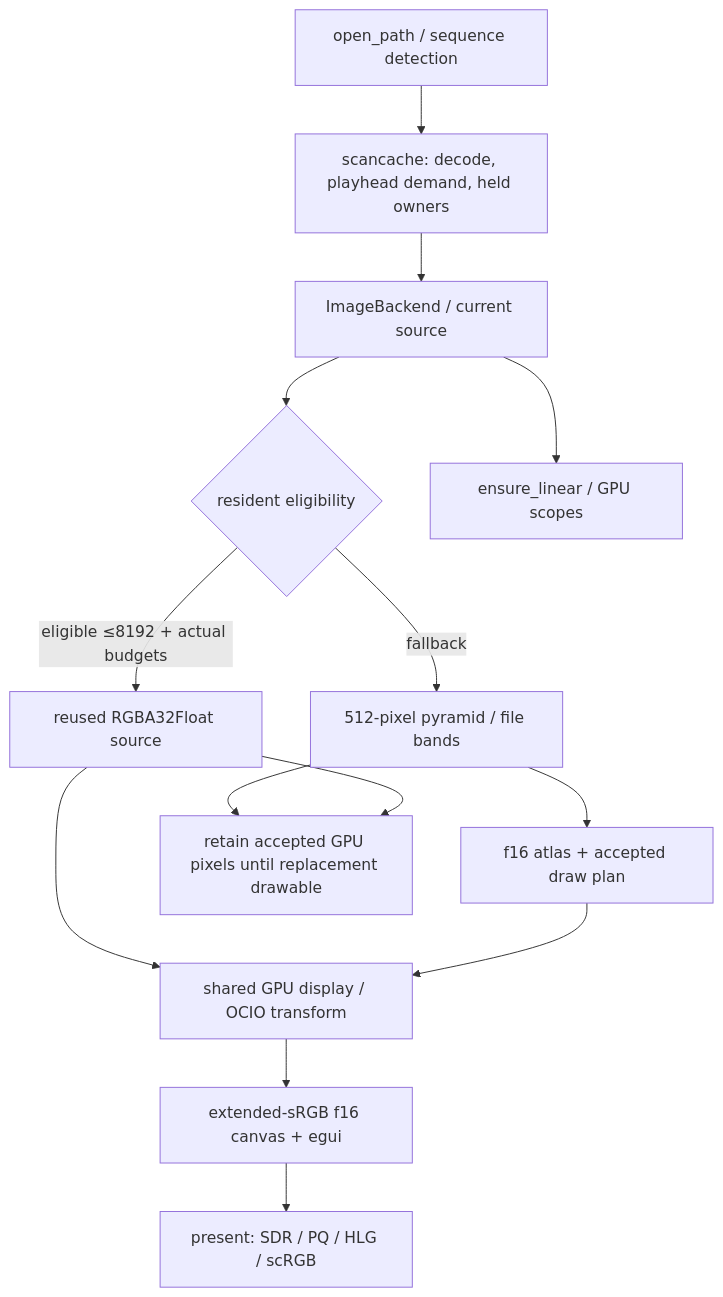
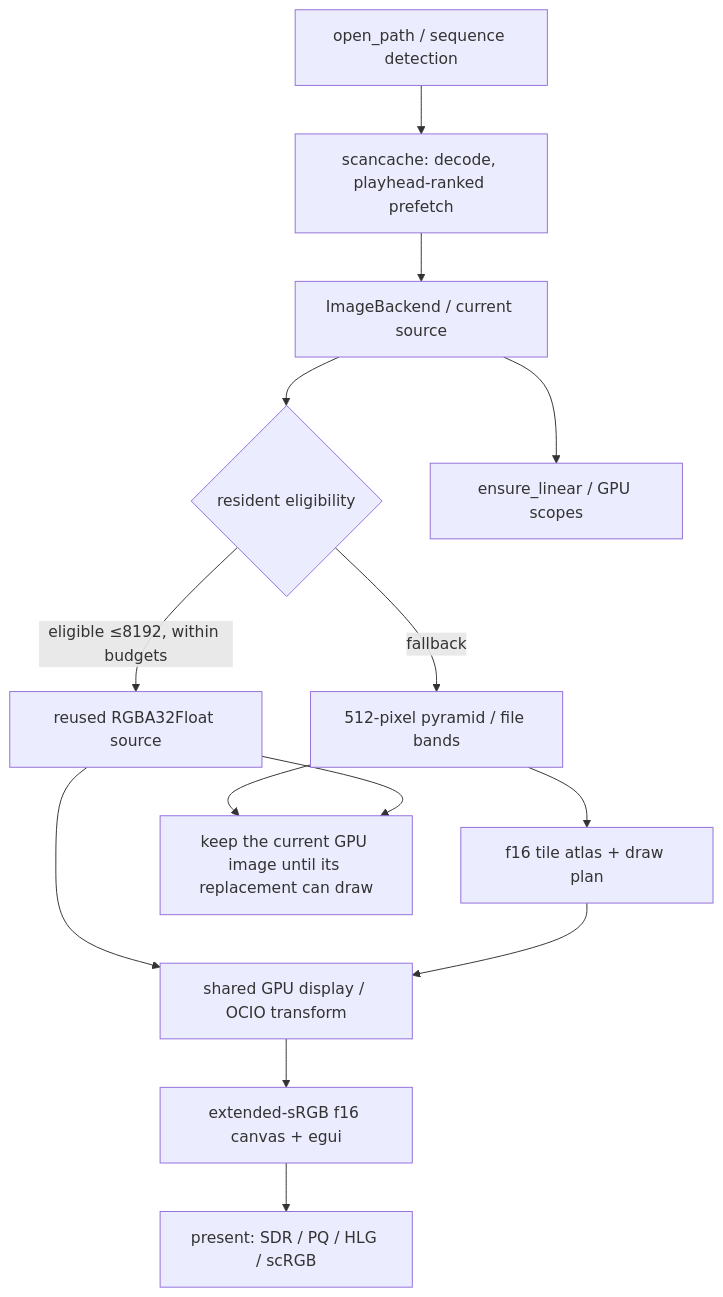
One commit to ssoj13/exr-rs changed the seventh of 9 diagrams in docs/DIAGRAMS.md. Above: the diagram before and after it, drawn with Mermaid. The commit also changed other lines of this file and 18 other files, not shown here.

````diff
--- a/docs/DIAGRAMS.md
+++ b/docs/DIAGRAMS.md
@@ -131,16 +139,16 @@
 ```mermaid
 flowchart TD
-    OP["open_path / sequence detection"] --> SC["scancache: decode, playhead demand, held owners"]
+    OP["open_path / sequence detection"] --> SC["scancache: decode, playhead-ranked prefetch"]
     SC --> IB["ImageBackend / current source"]
     IB --> EL{"resident eligibility"}
-    EL -->|eligible ≤8192 + actual budgets| RS["reused RGBA32Float source"]
+    EL -->|eligible ≤8192, within budgets| RS["reused RGBA32Float source"]
     EL -->|fallback| TS["512-pixel pyramid / file bands"]
     RS --> SH["shared GPU display / OCIO transform"]
-    TS --> AT["f16 atlas + accepted draw plan"]
+    TS --> AT["f16 tile atlas + draw plan"]
     AT --> SH
     SH --> CA["extended-sRGB f16 canvas + egui"]
     CA --> PP["present: SDR / PQ / HLG / scRGB"]
-    TS --> RET["retain accepted GPU pixels until replacement drawable"]
+    TS --> RET["keep the current GPU image until its replacement can draw"]
     RS --> RET
     IB --> SP["ensure_linear / GPU scopes"]
 ```
````
